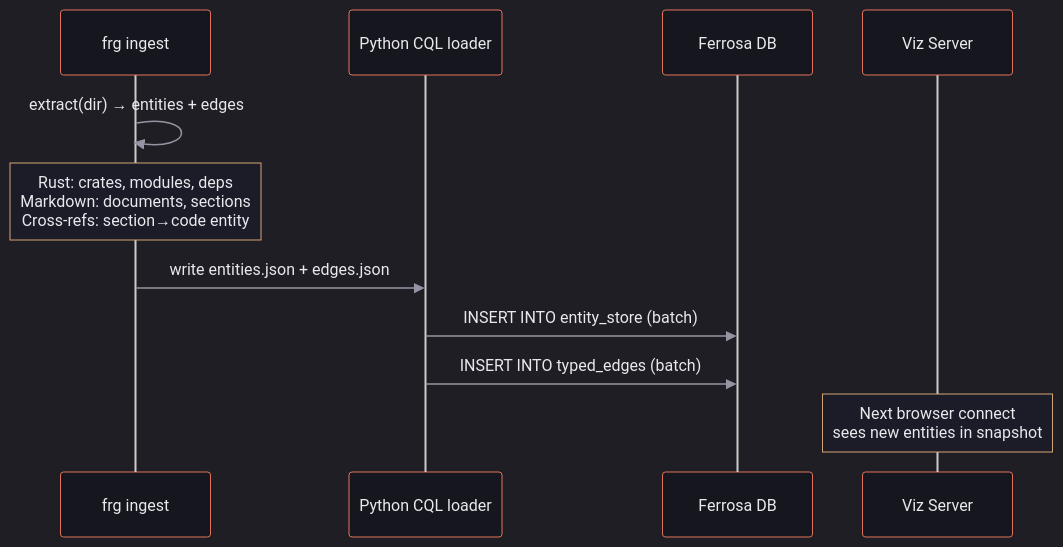
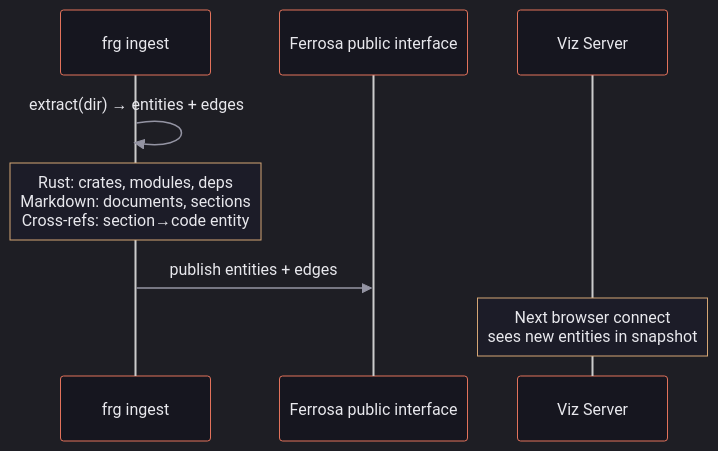
Diagram 11 of 13 in specs/data-flow.md (ferrosadb/ferrosa-memory), drawn with Mermaid before and after one commit. The commit also changed other lines of this file and 153 other files, not shown here.

````diff
--- a/specs/data-flow.md
+++ b/specs/data-flow.md
@@ -297,15 +341,12 @@
 ```mermaid
 %%{init: {'theme':'dark','themeVariables':{'actorBkg':'#16161f','actorTextColor':'#e8e8ed','actorBorder':'#e2725b','signalColor':'#9494a3','signalTextColor':'#e8e8ed','labelBoxBkgColor':'#16161f','labelBoxBorderColor':'#e2725b','labelTextColor':'#e8e8ed','loopTextColor':'#e8e8ed','noteBkgColor':'#1c1c28','noteBorderColor':'#d4a574','noteTextColor':'#e8e8ed','activationBkgColor':'#1c1c28','activationBorderColor':'#e2725b'}}}%%
 sequenceDiagram
     participant ST as frg ingest
-    participant PY as Python CQL loader
-    participant DB as Ferrosa DB
+    participant API as Ferrosa public interface
     participant VIZ as Viz Server
 
     ST->>ST: extract(dir) → entities + edges
     Note over ST: Rust: crates, modules, deps<br/>Markdown: documents, sections<br/>Cross-refs: section→code entity
-    ST->>PY: write entities.json + edges.json
-    PY->>DB: INSERT INTO entity_store (batch)
-    PY->>DB: INSERT INTO typed_edges (batch)
+    ST->>API: publish entities + edges
     Note over VIZ: Next browser connect<br/>sees new entities in snapshot
 ```
````
